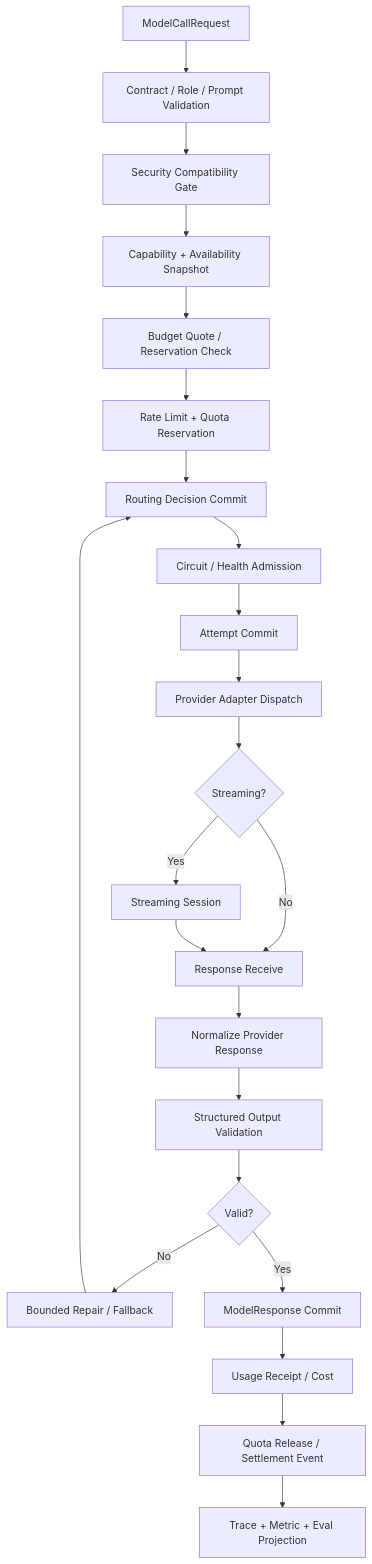
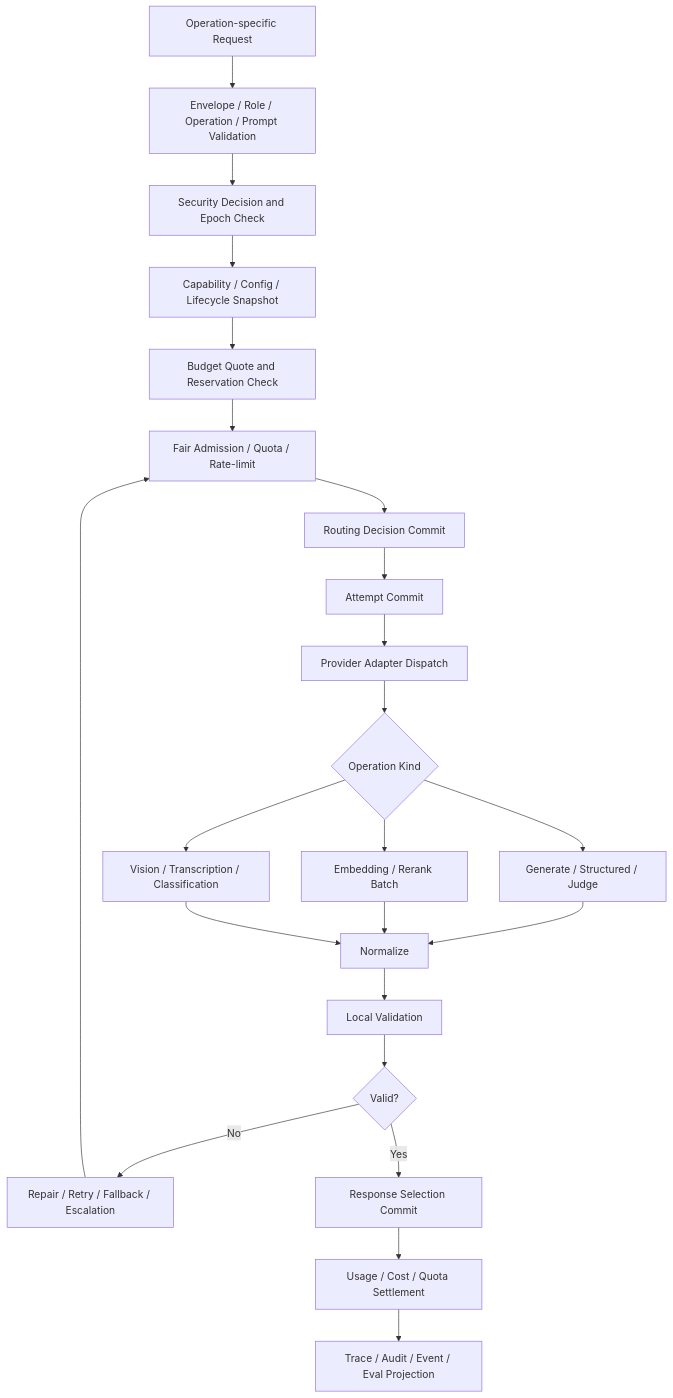
One commit to ProfessorZhi/Zuno changed the diagram in docs/modules/04-model-gateway.md. Above: the diagram before and after it, drawn with Mermaid. The commit also changed other lines of this file and 15 other files, not shown here.

Commit message:
docs: consolidate Model Gateway target architecture

````diff
--- a/docs/modules/04-model-gateway.md
+++ b/docs/modules/04-model-gateway.md
@@ -398,25 +740,25 @@
 ```mermaid
 flowchart TD
-    A[ModelCallRequest] --> B[Contract / Role / Prompt Validation]
-    B --> C[Security Compatibility Gate]
-    C --> D[Capability + Availability Snapshot]
-    D --> E[Budget Quote / Reservation Check]
-    E --> F[Rate Limit + Quota Reservation]
+    A[Operation-specific Request] --> B[Envelope / Role / Operation / Prompt Validation]
+    B --> C[Security Decision and Epoch Check]
+    C --> D[Capability / Config / Lifecycle Snapshot]
+    D --> E[Budget Quote and Reservation Check]
+    E --> F[Fair Admission / Quota / Rate-limit]
     F --> G[Routing Decision Commit]
-    G --> H[Circuit / Health Admission]
-    H --> I[Attempt Commit]
-    I --> J[Provider Adapter Dispatch]
-    J --> K{Streaming?}
-    K -->|Yes| L[Streaming Session]
-    K -->|No| M[Response Receive]
-    L --> M
-    M --> N[Normalize Provider Response]
-    N --> O[Structured Output Validation]
+    G --> H[Attempt Commit]
+    H --> I[Provider Adapter Dispatch]
+    I --> J{Operation Kind}
+    J --> K[Generate / Structured / Judge]
+    J --> L[Embedding / Rerank Batch]
+    J --> M[Vision / Transcription / Classification]
+    K --> N[Normalize]
+    L --> N
+    M --> N
+    N --> O[Local Validation]
     O --> P{Valid?}
-    P -->|No| Q[Bounded Repair / Fallback]
-    P -->|Yes| R[ModelResponse Commit]
-    Q --> G
-    R --> S[Usage Receipt / Cost]
-    S --> T[Quota Release / Settlement Event]
-    T --> U[Trace + Metric + Eval Projection]
+    P -->|No| Q[Repair / Retry / Fallback / Escalation]
+    P -->|Yes| R[Response Selection Commit]
+    Q --> F
+    R --> S[Usage / Cost / Quota Settlement]
+    S --> T[Trace / Audit / Event / Eval Projection]
 ```
````
